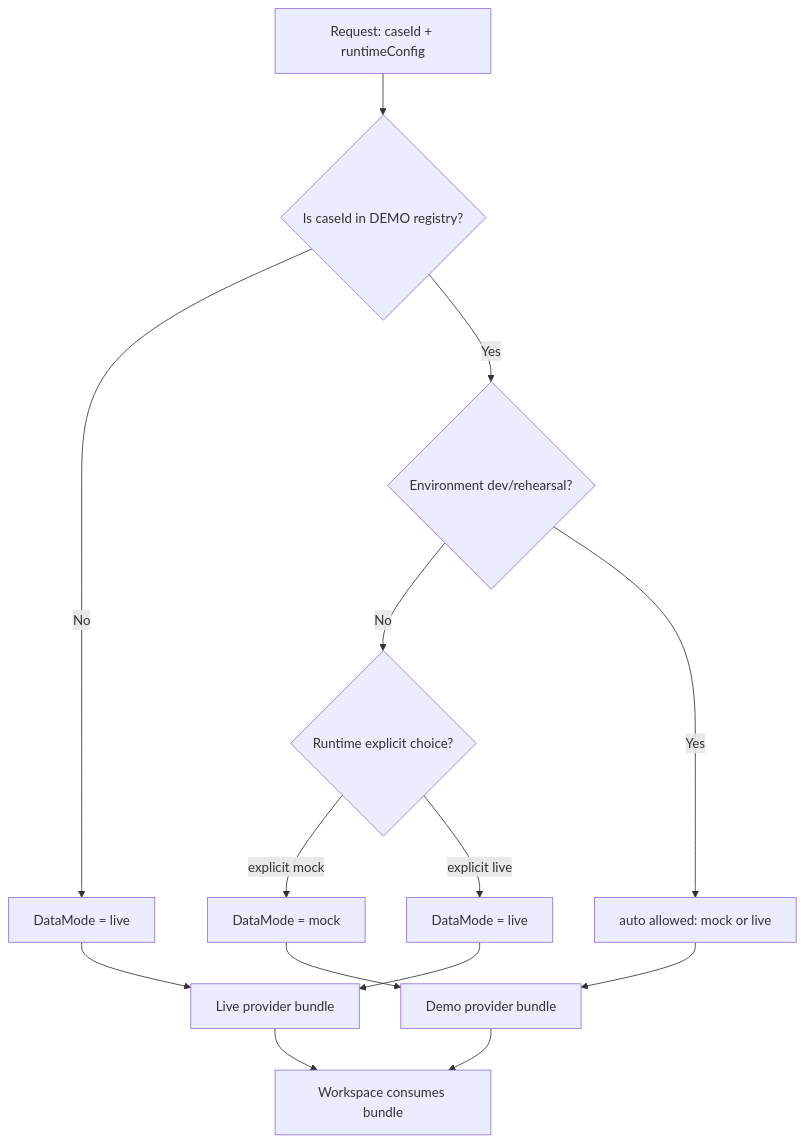
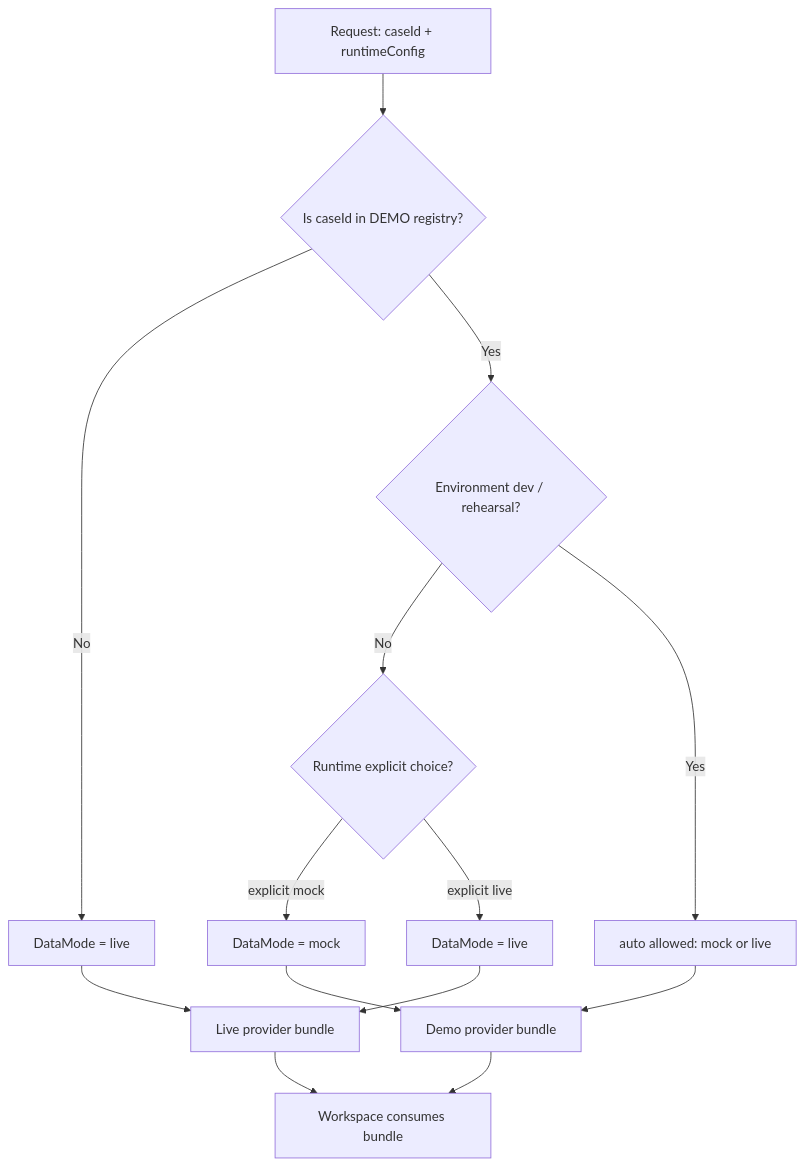
One commit to NERIS-v/INDAGO changed the fifth of 16 diagrams in docs/frontend-development-plan.md. Above: the diagram before and after it, drawn with Mermaid. The commit also changed other lines of this file and 1 other file, not shown here.

````diff
--- a/docs/frontend-development-plan.md
+++ b/docs/frontend-development-plan.md
@@ -375,16 +481,16 @@
 ```mermaid
 flowchart TD
-  A[Request: caseId + runtimeConfig] --> B{Is caseId in DEMO registry?}
-  B -- No --> C[DataMode = live]
-  B -- Yes --> D{Environment dev/rehearsal?}
-  D -- No --> E{Runtime explicit choice?}
-  D -- Yes --> F[auto allowed: mock or live]
-  E -- explicit mock --> G[DataMode = mock]
-  E -- explicit live --> H[DataMode = live]
-  G --> I[Demo provider bundle]
+  A["Request: caseId + runtimeConfig"] --> B{"Is caseId in DEMO registry?"}
+  B -- No --> C["DataMode = live"]
+  B -- Yes --> D{"Environment dev / rehearsal?"}
+  D -- No --> E{"Runtime explicit choice?"}
+  D -- Yes --> F["auto allowed: mock or live"]
+  E -- explicit mock --> G["DataMode = mock"]
+  E -- explicit live --> H["DataMode = live"]
+  G --> I["Demo provider bundle"]
   F --> I
-  C --> J[Live provider bundle]
+  C --> J["Live provider bundle"]
   H --> J
-  I --> K[Workspace consumes bundle]
+  I --> K["Workspace consumes bundle"]
   J --> K
 ```
````
